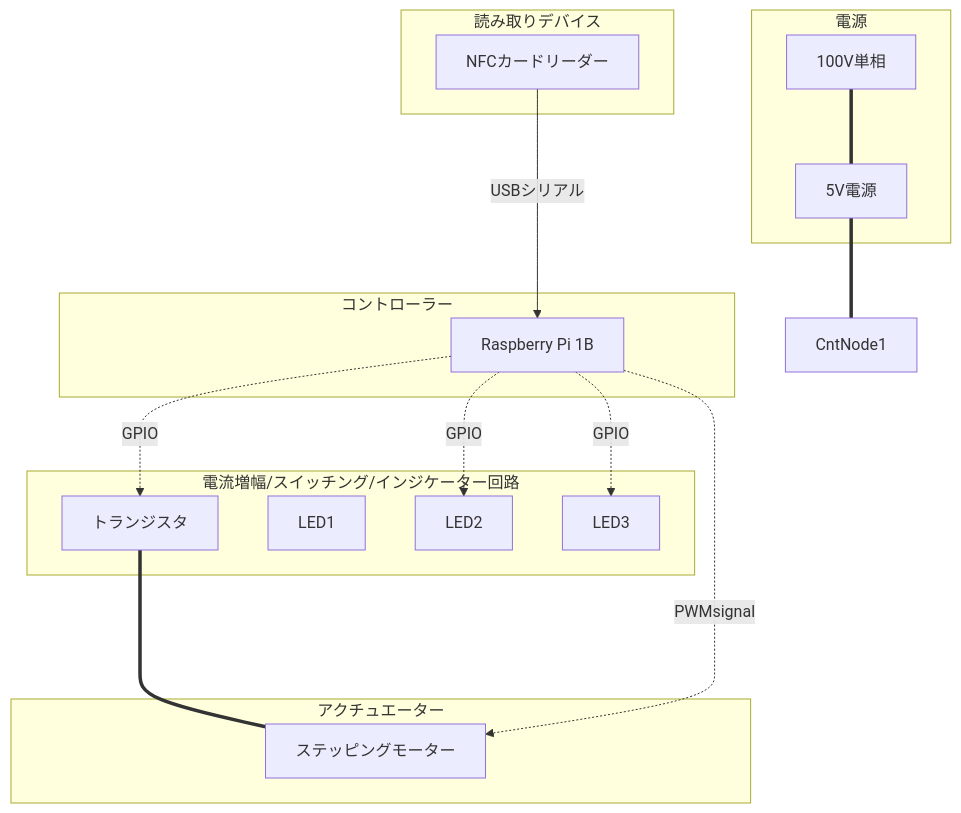
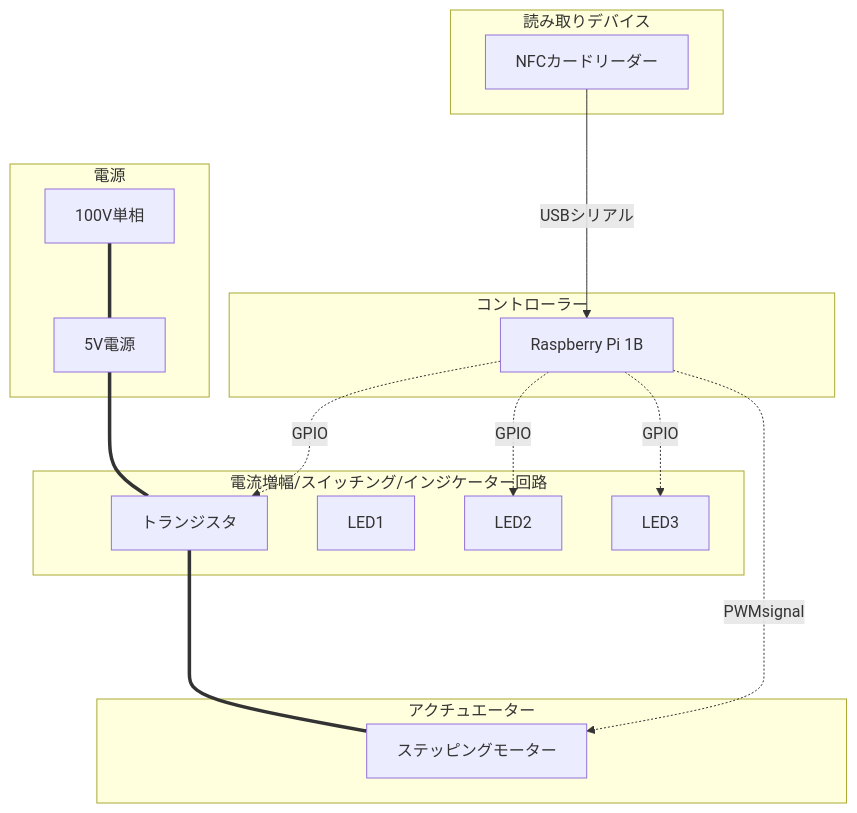
One commit to YUKI-SOKENDAI/SmartLock changed the first of 3 diagrams in memo/SystemMEMO.md. Above: the diagram before and after it, drawn with Mermaid.

````diff
--- a/memo/SystemMEMO.md
+++ b/memo/SystemMEMO.md
@@ -11,30 +11,30 @@
 ```mermaid
 flowchart TD;
     subgraph コントローラー
         CntNode0[Raspberry Pi 1B];
     end
     subgraph 電源
         100V単相;
         5V電源;
     end
     subgraph アクチュエーター
         ステッピングモーター;
     end
     subgraph 電流増幅/スイッチング/インジケーター回路
         トランジスタ;
         LED1;
         LED2;
         LED3;
     end
     subgraph 読み取りデバイス
         NFCカードリーダー;
     end
     100V単相===5V電源;
-    5V電源===CntNode1;
+    5V電源===トランジスタ;
     NFCカードリーダー--->|USBシリアル|CntNode0;
     CntNode0-.GPIO-.->トランジスタ;
     トランジスタ====ステッピングモーター;
     CntNode0-.PWMsignal-.->ステッピングモーター;
     CntNode0-.GPIO-.->LED2;
     CntNode0-.GPIO-.->LED3;
 ```
````
